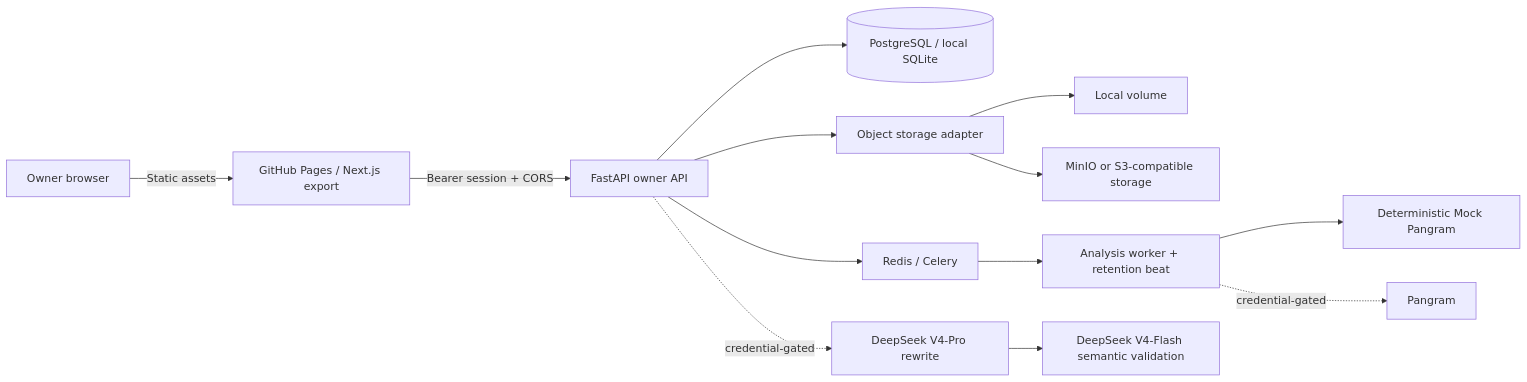
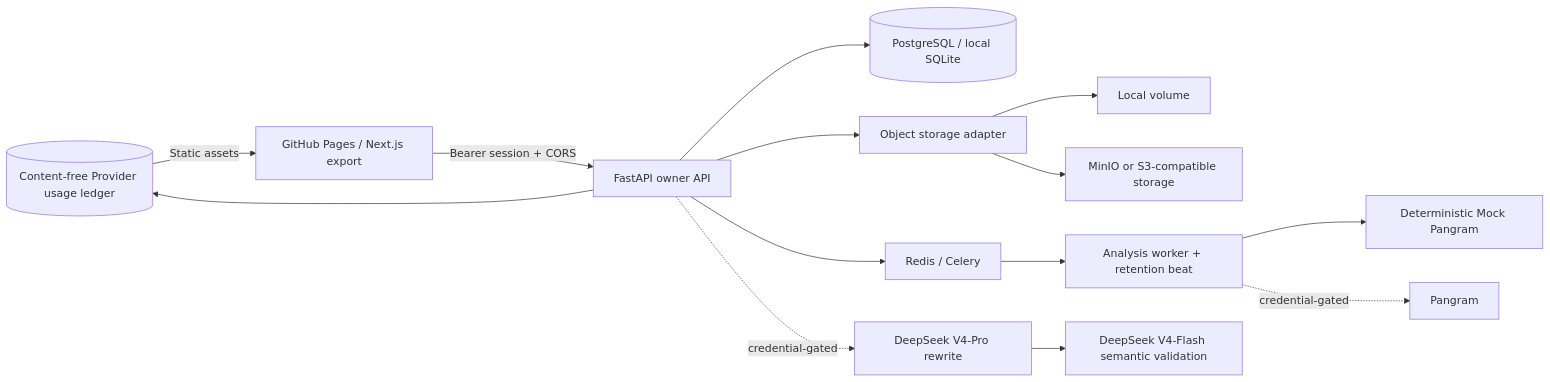
One commit to k8w98rr595-blip/academic-writing-agent changed the diagram in docs/ARCHITECTURE.md. Above: the diagram before and after it, drawn with Mermaid. The commit also changed other lines of this file and 22 other files, not shown here.

````diff
--- a/docs/ARCHITECTURE.md
+++ b/docs/ARCHITECTURE.md
@@ -5,15 +5,16 @@
 ```mermaid
 flowchart LR
   U["Owner browser"] -->|"Static assets"| P["GitHub Pages / Next.js export"]
   P -->|"Bearer session + CORS"| A["FastAPI owner API"]
   A --> D[("PostgreSQL / local SQLite")]
+  A --> U[("Content-free Provider usage ledger")]
   A --> O["Object storage adapter"]
   O --> L["Local volume"]
   O --> M["MinIO or S3-compatible storage"]
   A --> Q["Redis / Celery"]
   Q --> W["Analysis worker + retention beat"]
   W --> DP["Deterministic Mock Pangram"]
   W -. "credential-gated" .-> PG["Pangram"]
   A -. "credential-gated" .-> DS["DeepSeek V4-Pro rewrite"]
   DS --> DV["DeepSeek V4-Flash semantic validation"]
 ```
````
